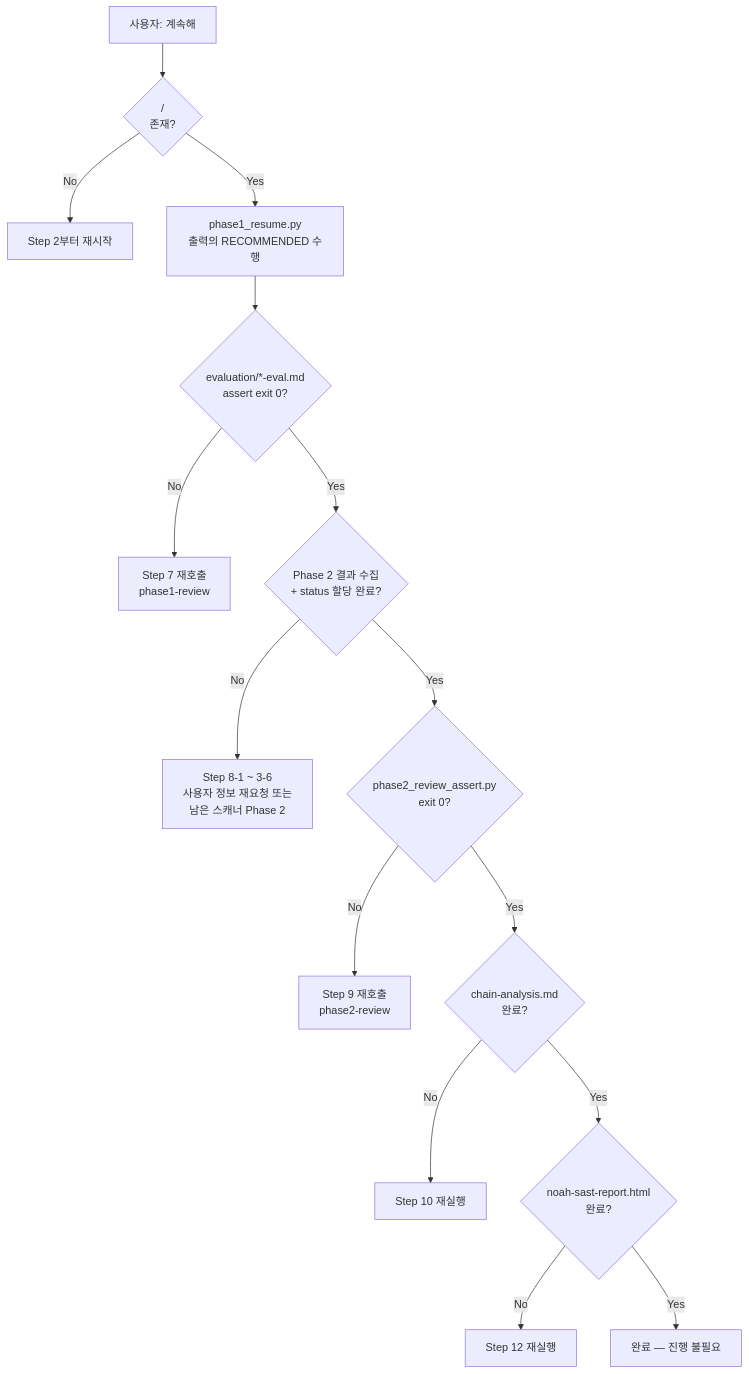
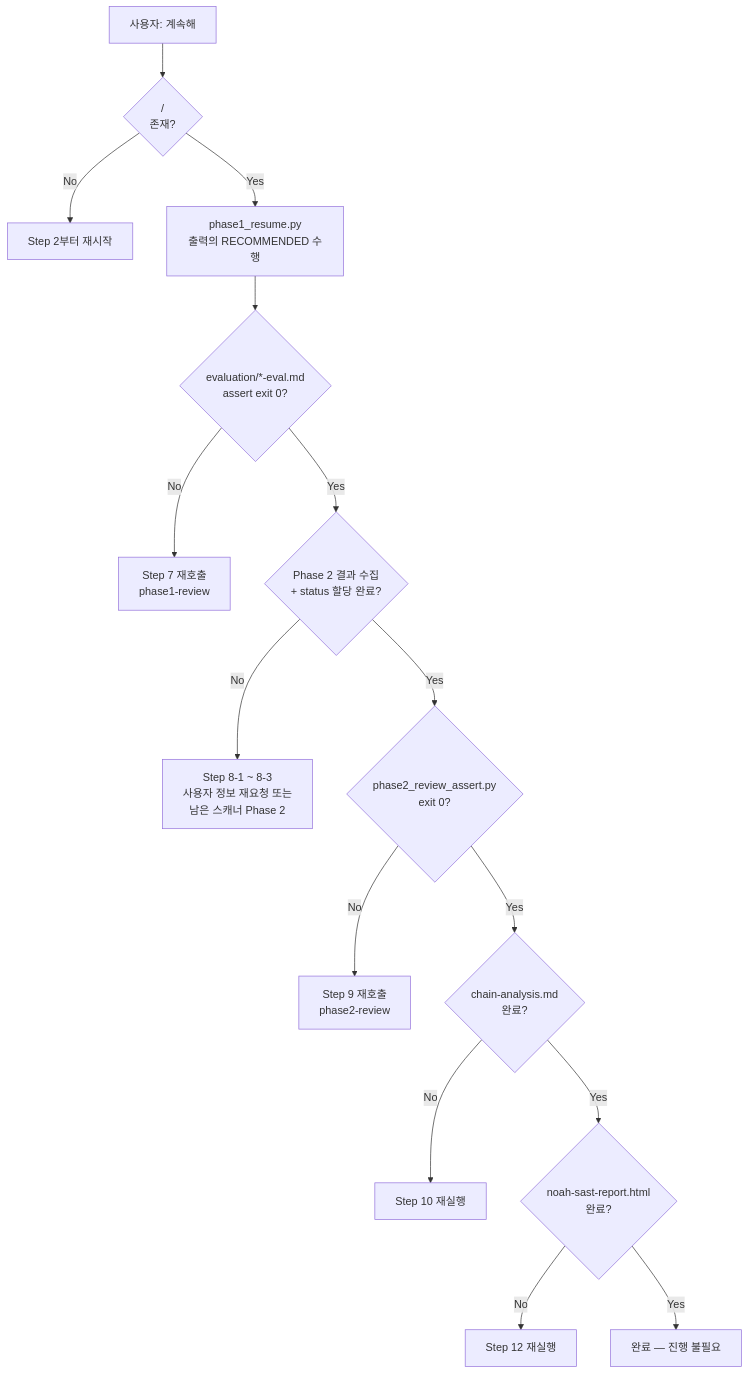
The diagram in skills/sast/docs/resume.md (nomarlhack/noah-sast), drawn with Mermaid before and after one commit. The commit also changed 1 other file, not shown here.

Commit message:
fix(sast): Step 재번호 누락 2건 정리
- docs/resume.md:41: "Step 8-1 ~ 3-6" 부분 치환 누락 → "Step 8-1 ~ 8-3"
- sub-skills/scan-report/vuln-format.md:3: scan-report SKILL.md에
  존재하지 않는 "Step 4 직접 변환 fallback" 참조 발견 (원본에도 있던
  모호 표현). 실제 조립 단계가 scan-report Step 3(assemble_report.py)
  이므로 이에 맞춰 수정.

````diff
--- a/skills/sast/docs/resume.md
+++ b/skills/sast/docs/resume.md
@@ -33,17 +33,17 @@
 ```mermaid
 flowchart TD
     U["사용자: 계속해"] --> C1{"<PHASE1_RESULTS_DIR>/<br/>존재?"}
     C1 -->|No| R0["Step 2부터 재시작"]
     C1 -->|Yes| RP1["phase1_resume.py<br/>출력의 RECOMMENDED 수행"]
     RP1 --> C4{"evaluation/*-eval.md<br/>assert exit 0?"}
     C4 -->|No| R3["Step 7 재호출<br/>phase1-review"]
     C4 -->|Yes| C5{"Phase 2 결과 수집<br/>+ status 할당 완료?"}
-    C5 -->|No| R4["Step 8-1 ~ 3-6<br/>사용자 정보 재요청 또는<br/>남은 스캐너 Phase 2"]
+    C5 -->|No| R4["Step 8-1 ~ 8-3<br/>사용자 정보 재요청 또는<br/>남은 스캐너 Phase 2"]
     C5 -->|Yes| C6{"phase2_review_assert.py<br/>exit 0?"}
     C6 -->|No| R5["Step 9 재호출<br/>phase2-review"]
     C6 -->|Yes| C7{"chain-analysis.md<br/>완료?"}
     C7 -->|No| R6["Step 10 재실행"]
     C7 -->|Yes| C8{"noah-sast-report.html<br/>완료?"}
     C8 -->|No| R7["Step 12 재실행"]
     C8 -->|Yes| Done["완료 — 진행 불필요"]
 ```
````
